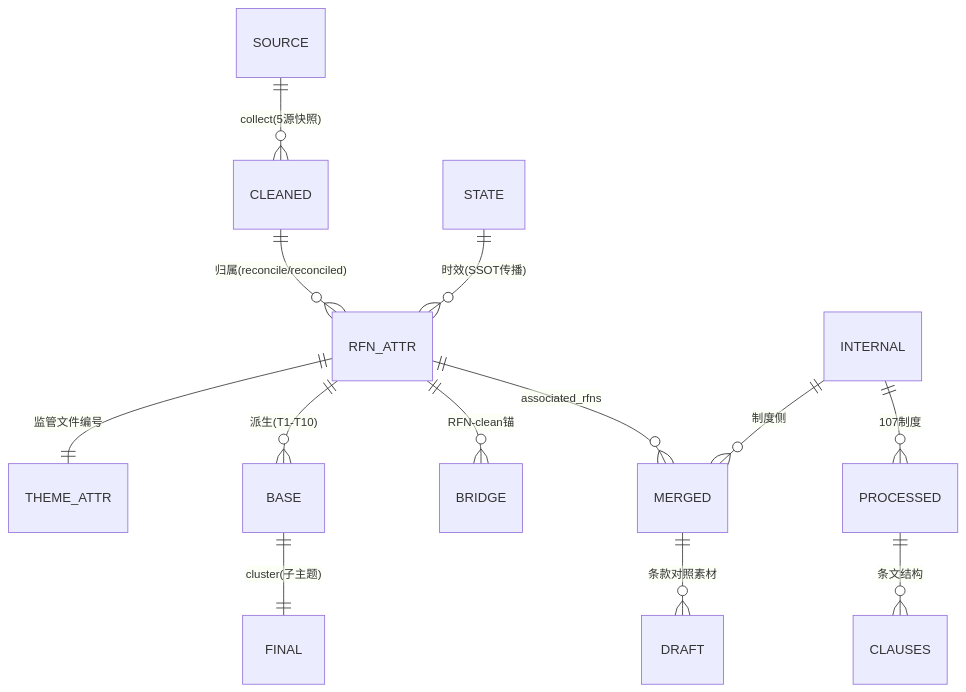
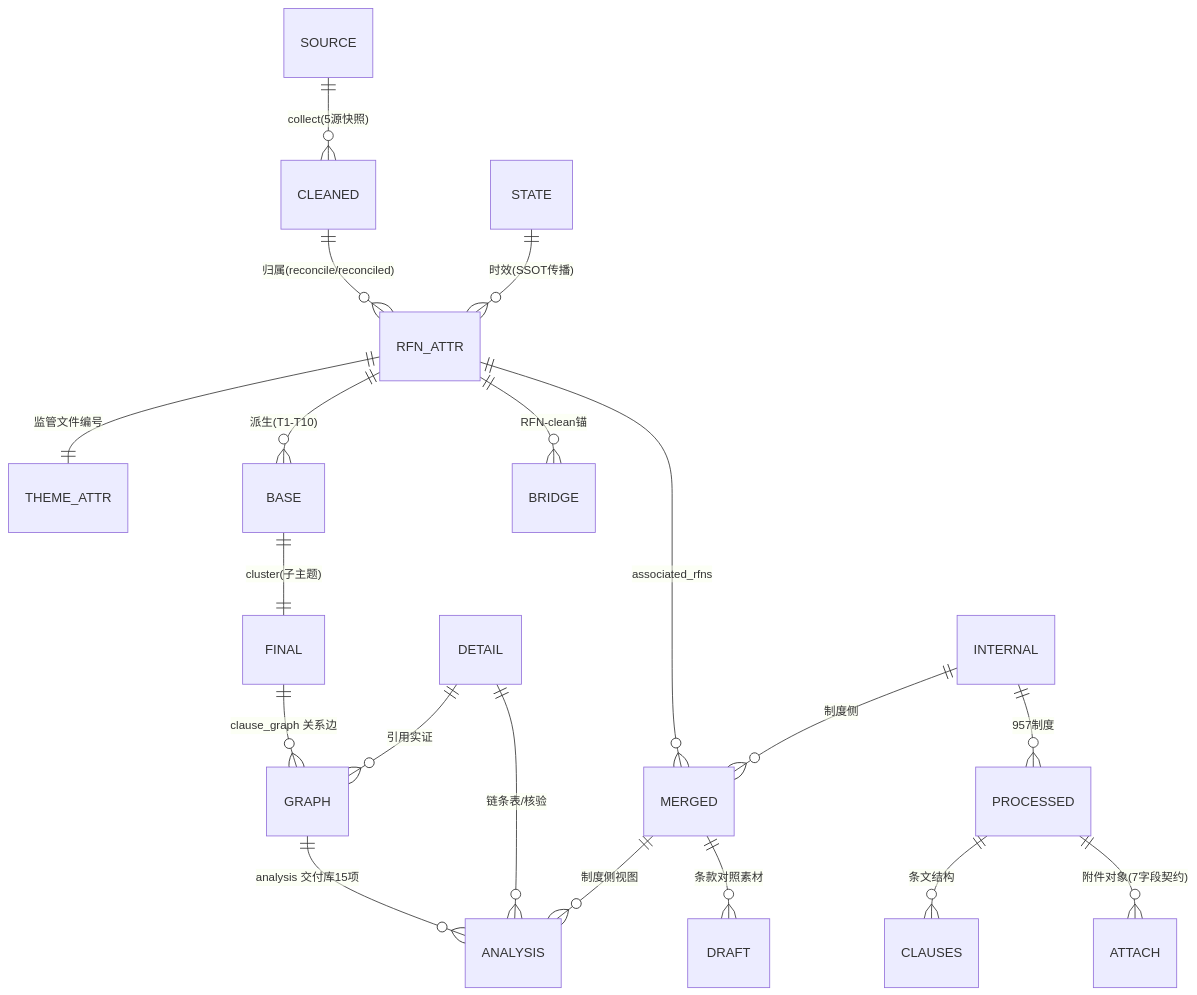
One commit to wangtierui/orchestrator changed the first of 2 diagrams in README.md. Above: the diagram before and after it, drawn with Mermaid. The commit also changed other lines of this file, not shown here.

````diff
--- a/README.md
+++ b/README.md
@@ -100,15 +114,21 @@
 ```mermaid
 erDiagram
     SOURCE ||--o{ CLEANED : "collect(5源快照)"
     CLEANED ||--o{ RFN_ATTR : "归属(reconcile/reconciled)"
     RFN_ATTR ||--|| THEME_ATTR : "监管文件编号"
     RFN_ATTR ||--o{ BASE : "派生(T1-T10)"
     BASE ||--|| FINAL : "cluster(子主题)"
     RFN_ATTR ||--o{ BRIDGE : "RFN-clean锚"
     STATE ||--o{ RFN_ATTR : "时效(SSOT传播)"
-    INTERNAL ||--o{ PROCESSED : "107制度"
+    INTERNAL ||--o{ PROCESSED : "957制度"
     PROCESSED ||--o{ CLAUSES : "条文结构"
+    PROCESSED ||--o{ ATTACH : "附件对象(7字段契约)"
     RFN_ATTR ||--o{ MERGED : "associated_rfns"
     INTERNAL ||--o{ MERGED : "制度侧"
     MERGED ||--o{ DRAFT : "条款对照素材"
+    FINAL ||--o{ GRAPH : "clause_graph 关系边"
+    DETAIL ||--o{ GRAPH : "引用实证"
+    GRAPH ||--o{ ANALYSIS : "analysis 交付库15项"
+    DETAIL ||--o{ ANALYSIS : "链条表/核验"
+    MERGED ||--o{ ANALYSIS : "制度侧视图"
 ```
````
